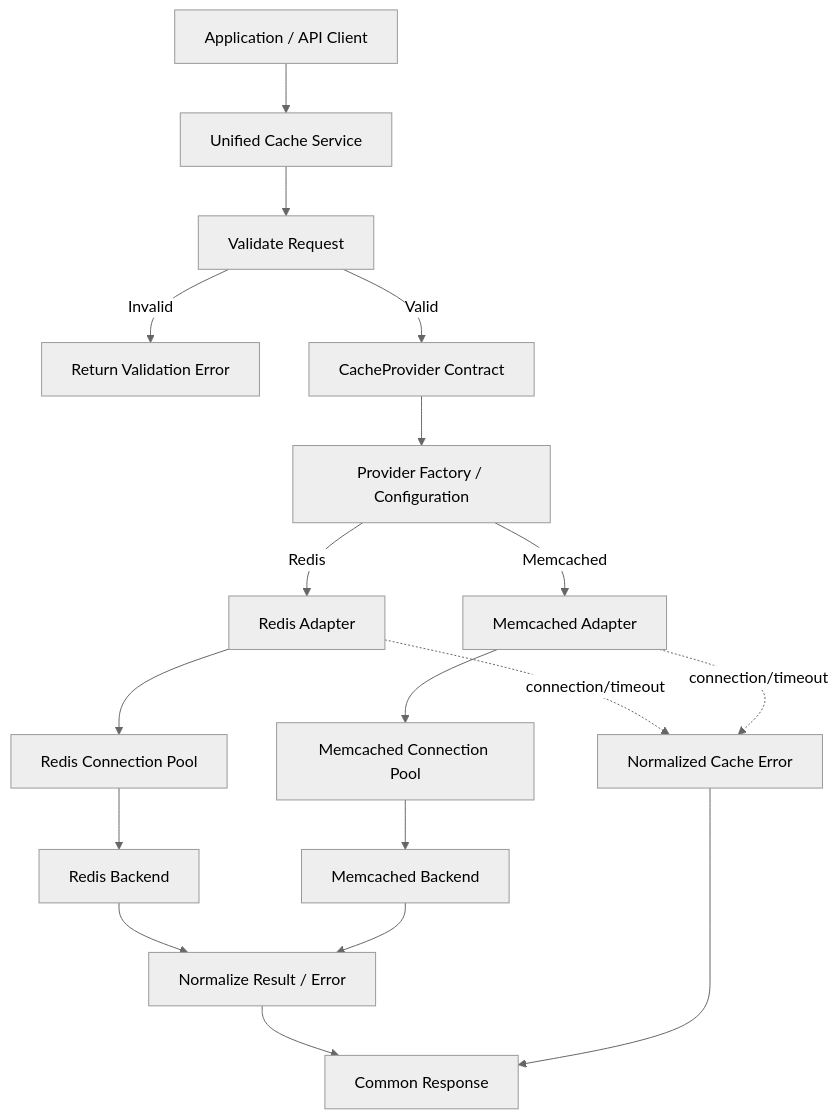
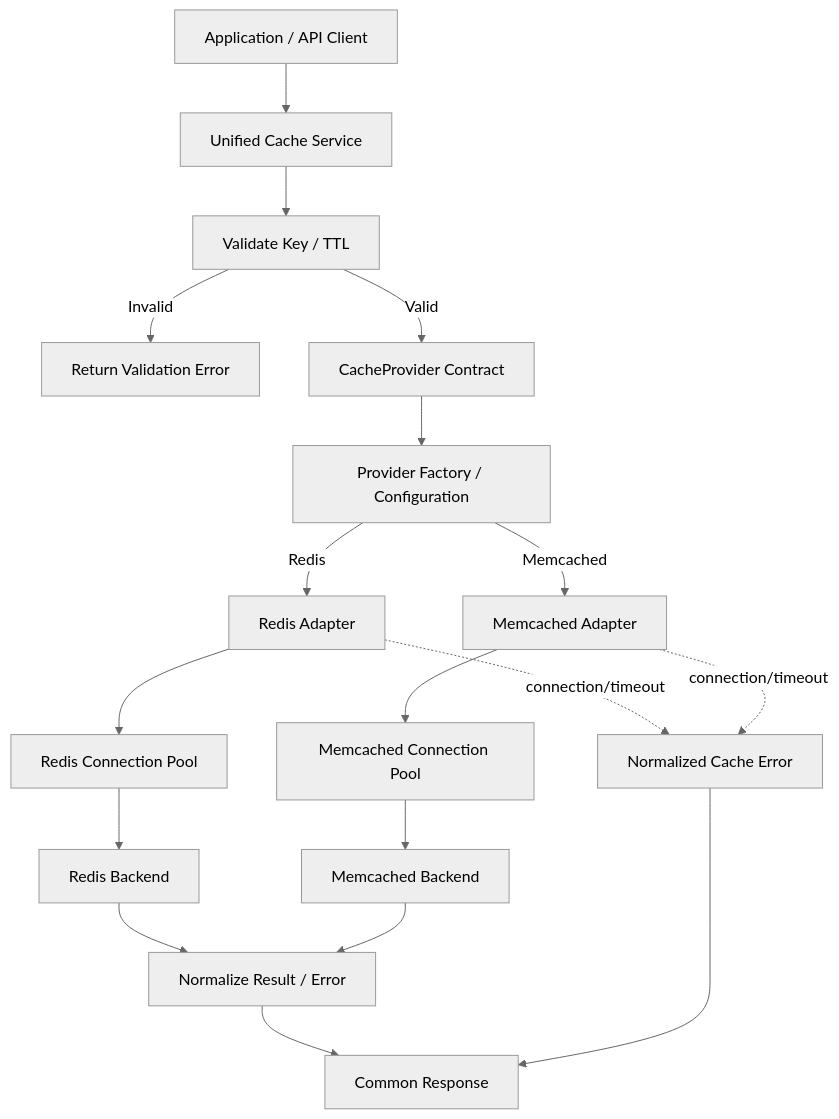
The diagram in README.md (adityashinde0/develop-a-pluggable-caching-abstraction-layer), drawn with Mermaid (neutral theme) before and after one commit. The commit also changed other lines of this file, not shown here.

````diff
--- a/README.md
+++ b/README.md
@@ -24,20 +25,20 @@
 ```mermaid
 flowchart TD
     A[Application / API Client] --> B[Unified Cache Service]
-    B --> C[Validate Request]
+    B --> C[Validate Key / TTL]
     C -->|Invalid| E[Return Validation Error]
     C -->|Valid| D[CacheProvider Contract]
     D --> F[Provider Factory / Configuration]
     F -->|Redis| G[Redis Adapter]
     F -->|Memcached| H[Memcached Adapter]
     G --> I[Redis Connection Pool]
     H --> J[Memcached Connection Pool]
     I --> K[Redis Backend]
     J --> L[Memcached Backend]
     K --> M[Normalize Result / Error]
     L --> M
     M --> N[Common Response]
     G -. connection/timeout .-> O[Normalized Cache Error]
     H -. connection/timeout .-> O
     O --> N
 ```
````
